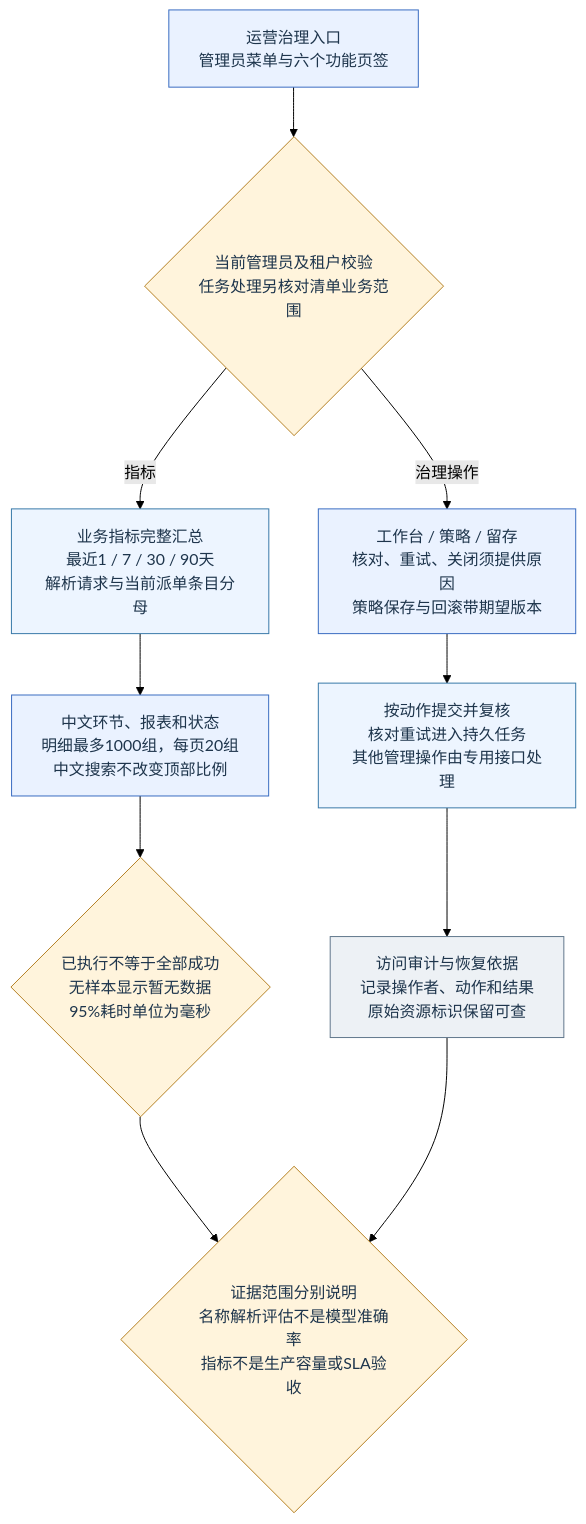
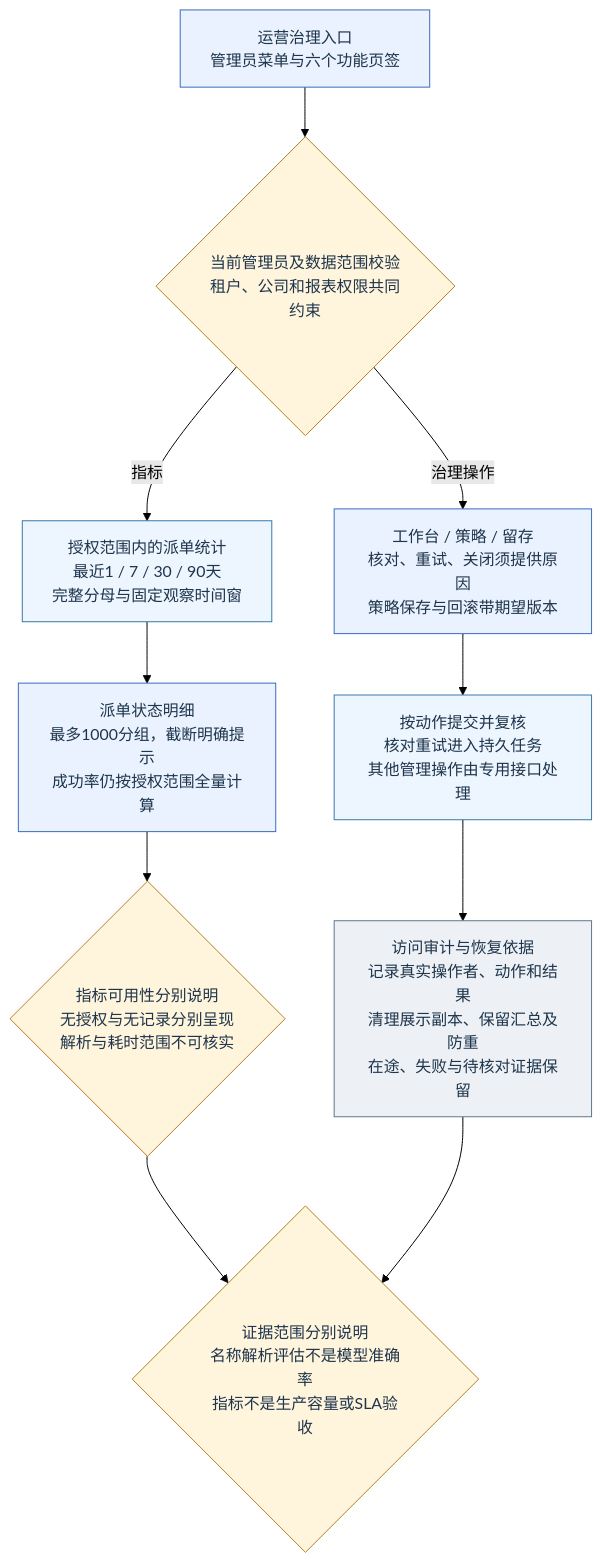
Before and after one commit to QSZJAVA/agent_demo: the diagram in docs/diagrams/demo-final/12.mmd, drawn with Mermaid (forest theme). The commit also changed 615 other files, not shown here.

```diff
--- a/docs/diagrams/demo-final/12.mmd
+++ b/docs/diagrams/demo-final/12.mmd
@@ -1,26 +1,26 @@
 flowchart TD
   entry["运营治理入口<br/>管理员菜单与六个功能页签"]:::ui
-  auth{"当前管理员及租户校验<br/>任务处理另核对清单业务范围"}:::guard
-  metrics["业务指标完整汇总<br/>最近1 / 7 / 30 / 90天<br/>解析请求与当前派单条目分母"]:::agent
+  auth{"当前管理员及数据范围校验<br/>租户、公司和报表权限共同约束"}:::guard
+  metrics["授权范围内的派单统计<br/>最近1 / 7 / 30 / 90天<br/>完整分母与固定观察时间窗"]:::agent
   manage["工作台 / 策略 / 留存<br/>核对、重试、关闭须提供原因<br/>策略保存与回滚带期望版本"]:::ui
-  detail["中文环节、报表和状态<br/>明细最多1000组，每页20组<br/>中文搜索不改变顶部比例"]:::ui
+  detail["派单状态明细<br/>最多1000分组，截断明确提示<br/>成功率仍按授权范围全量计算"]:::ui
   action["按动作提交并复核<br/>核对重试进入持久任务<br/>其他管理操作由专用接口处理"]:::agent
-  meaning{"已执行不等于全部成功<br/>无样本显示暂无数据<br/>95%耗时单位为毫秒"}:::guard
-  audit["访问审计与恢复依据<br/>记录操作者、动作和结果<br/>原始资源标识保留可查"]:::store
+  meaning{"指标可用性分别说明<br/>无授权与无记录分别呈现<br/>解析与耗时范围不可核实"}:::guard
+  audit["访问审计与恢复依据<br/>记录真实操作者、动作和结果<br/>清理展示副本、保留汇总及防重<br/>在途、失败与待核对证据保留"]:::store
   boundary{"证据范围分别说明<br/>名称解析评估不是模型准确率<br/>指标不是生产容量或SLA验收"}:::guard
   entry --> auth
   auth -->|"指标"| metrics
   auth -->|"治理操作"| manage
   metrics --> detail
   detail --> meaning
   manage --> action
   action --> audit
   meaning --> boundary
   audit --> boundary
   classDef ui fill:#eaf2ff,stroke:#386bc1,color:#1e354c
   classDef agent fill:#edf5ff,stroke:#3778a8,color:#1e354c
   classDef model fill:#f3edff,stroke:#8751bf,color:#1e354c
   classDef business fill:#e8f7ef,stroke:#268255,color:#1e354c
   classDef guard fill:#fff4dc,stroke:#b58022,color:#1e354c
   classDef error fill:#fff0ef,stroke:#ba534e,color:#1e354c
   classDef store fill:#edf1f5,stroke:#60768b,color:#1e354c
```
